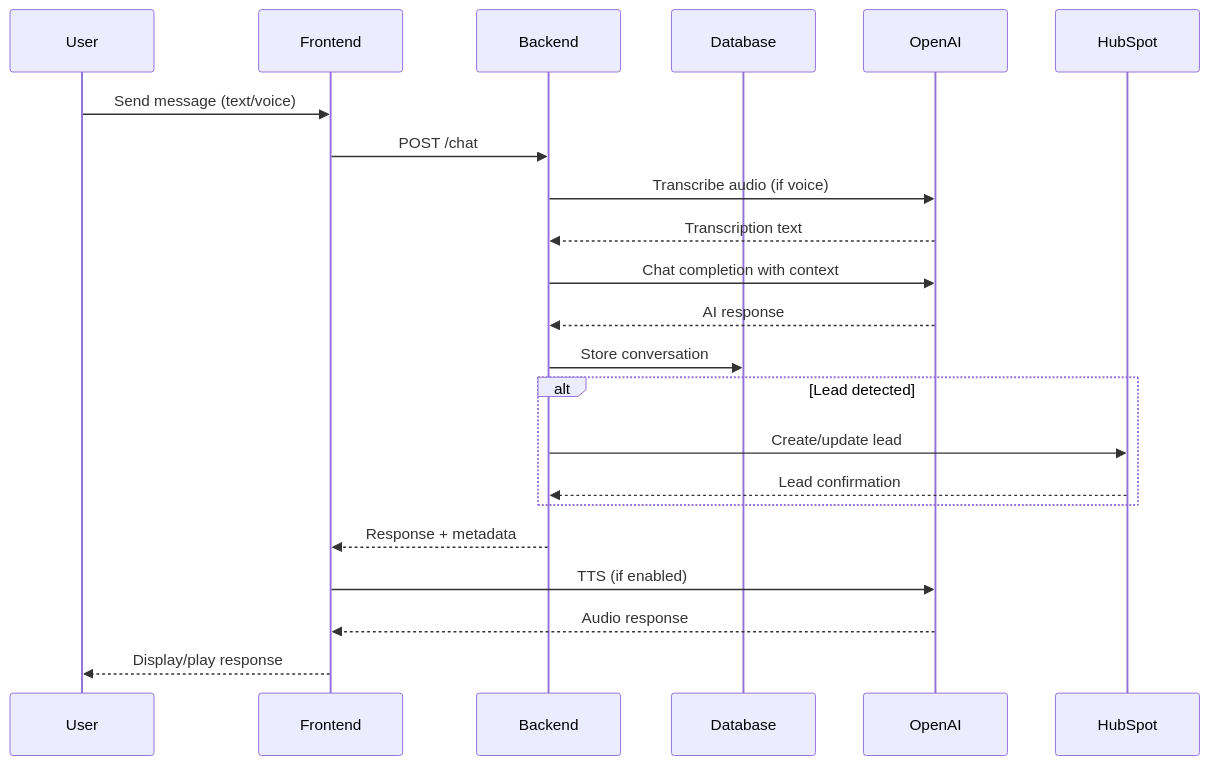
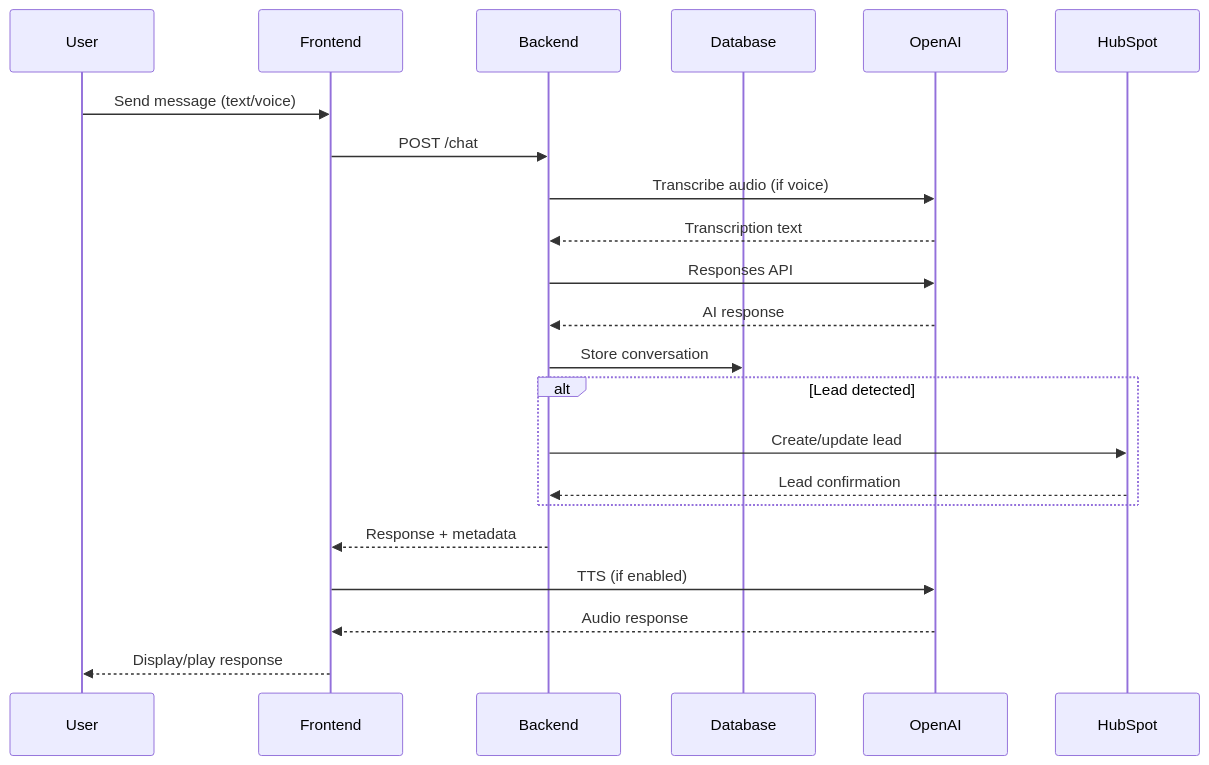
The second of 4 diagrams in README.md (shahshlok/AnytimeFitnessAgent), drawn with Mermaid before and after one commit.

````diff
--- a/README.md
+++ b/README.md
@@ -67,27 +67,27 @@
 ```mermaid
 sequenceDiagram
     participant User
     participant Frontend
     participant Backend
     participant Database
     participant OpenAI
     participant HubSpot
     
     User->>Frontend: Send message (text/voice)
     Frontend->>Backend: POST /chat
     Backend->>OpenAI: Transcribe audio (if voice)
     OpenAI-->>Backend: Transcription text
-    Backend->>OpenAI: Chat completion with context
+    Backend->>OpenAI: Responses API
     OpenAI-->>Backend: AI response
     Backend->>Database: Store conversation
     
     alt Lead detected
         Backend->>HubSpot: Create/update lead
         HubSpot-->>Backend: Lead confirmation
     end
     
     Backend-->>Frontend: Response + metadata
     Frontend->>OpenAI: TTS (if enabled)
     OpenAI-->>Frontend: Audio response
     Frontend-->>User: Display/play response
 ```
````
